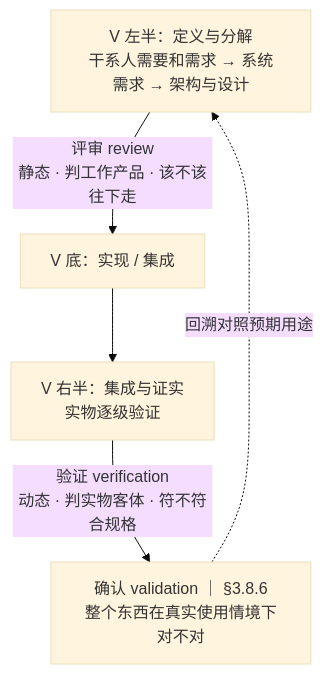
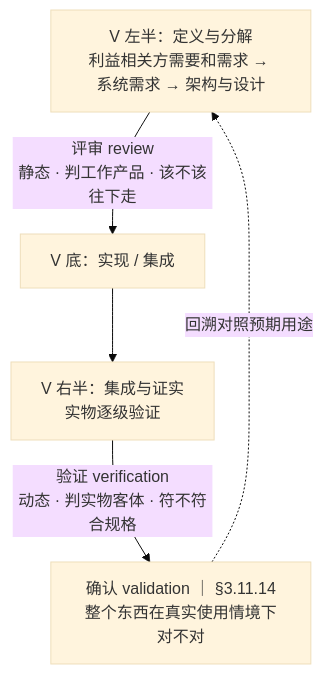
Diagram 14 of 14 in 100-subprojects/01-系统工程研究/00-系统工程相关研究报告/23-判据体系研究报告-从验证确认到治理的判据阶梯.md (Yongjunzhou/AOS-system-design), drawn with Mermaid (base theme) before and after one commit. The commit also changed other lines of this file and 38 other files, not shown here.

````diff
--- a/100-subprojects/01-系统工程研究/00-系统工程相关研究报告/23-判据体系研究报告-从验证确认到治理的判据阶梯.md
+++ b/100-subprojects/01-系统工程研究/00-系统工程相关研究报告/23-判据体系研究报告-从验证确认到治理的判据阶梯.md
@@ -895,12 +947,12 @@
 ```mermaid
 flowchart TD
-    L["V 左半：定义与分解<br/>干系人需要和需求 → 系统需求 → 架构与设计"]
+    L["V 左半：定义与分解<br/>利益相关方需要和需求 → 系统需求 → 架构与设计"]
     B["V 底：实现 / 集成"]
     R["V 右半：集成与证实<br/>实物逐级验证"]
-    V["确认 validation ｜ §3.8.6<br/>整个东西在真实使用情境下对不对"]
+    V["确认 validation ｜ §3.11.14<br/>整个东西在真实使用情境下对不对"]
 
     L -->|"评审 review<br/>静态 · 判工作产品 · 该不该往下走"| B
     B --> R
     R -->|"验证 verification<br/>动态 · 判实物客体 · 符不符合规格"| V
     V -.->|"回溯对照预期用途"| L
 ```
````
